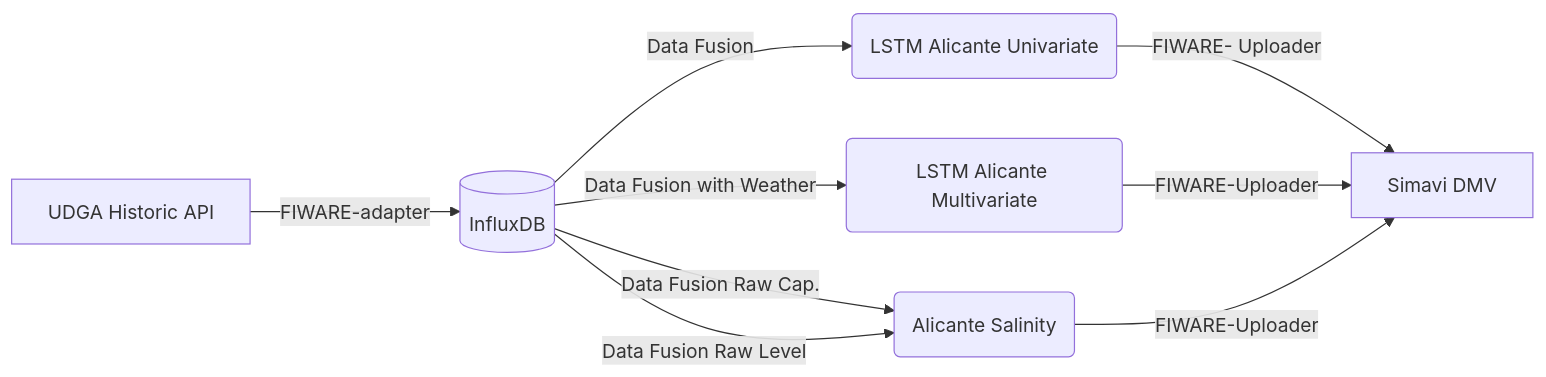
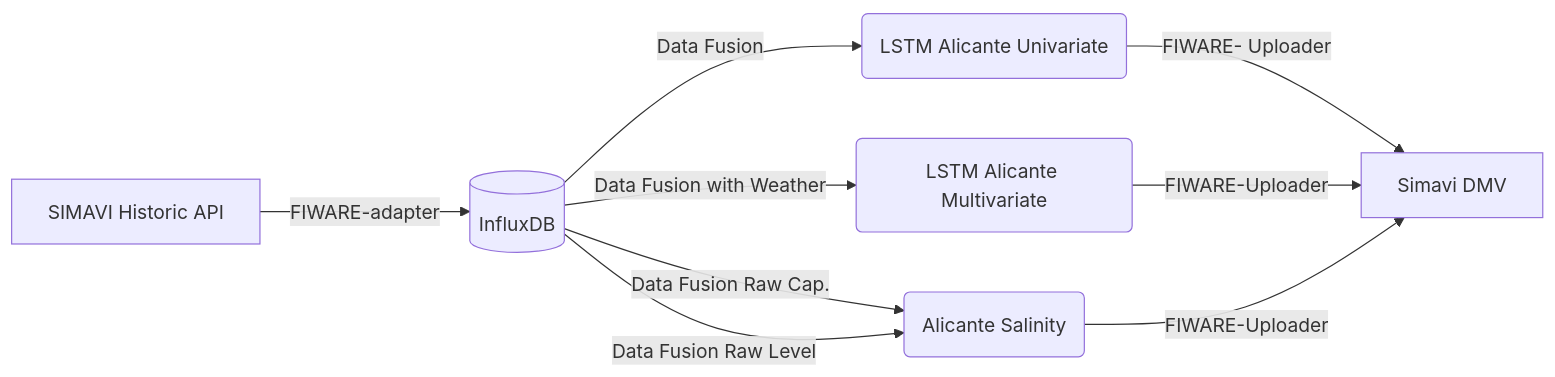
The second of 3 diagrams in README.md (naiades-jsi/documentation), drawn with Mermaid before and after one commit. The commit also changed other lines of this file, not shown here.

````diff
--- a/README.md
+++ b/README.md
@@ -178,11 +178,11 @@
 ```mermaid
 graph LR
-    A[UDGA Historic API] --> |FIWARE-adapter| B[(InfluxDB)]
+    A[SIMAVI Historic API] --> |FIWARE-adapter| B[(InfluxDB)]
     B --> |Data Fusion| C(LSTM Alicante Univariate)
     B --> |Data Fusion with Weather| D(LSTM Alicante Multivariate)
     B --> |Data Fusion Raw Cap.| E(Alicante Salinity)
     B --> |Data Fusion Raw Level| E
     C --> |FIWARE- Uploader| X[Simavi DMV]
     D --> |FIWARE-Uploader| X
     E --> |FIWARE-Uploader| X
 ```
````
